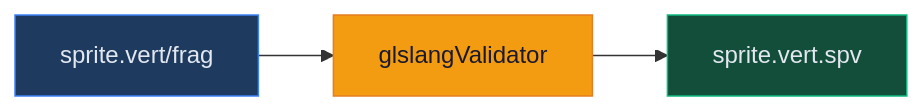
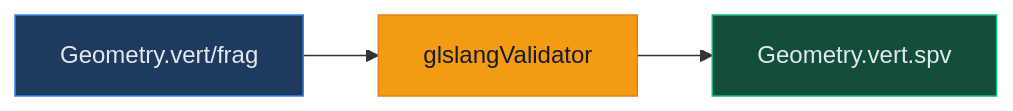
The second of 2 diagrams in docs/BUILDING.md (baaz777/rift), drawn with Mermaid before and after one commit. The commit also changed other lines of this file, not shown here.

Commit message:
🧱 Update build setup steps

```diff
--- a/docs/BUILDING.md
+++ b/docs/BUILDING.md
@@ -93,12 +93,12 @@
 <pre class="mermaid">
 flowchart LR
     classDef source fill:#1e3a5f,stroke:#3b82f6,color:#e2e8f0
     classDef tool fill:#f39c12,stroke:#e67e22,color:#1a1a2e
     classDef output fill:#134e3a,stroke:#10b981,color:#e2e8f0
 
-    GLSL["sprite.vert/frag"]:::source
+    GLSL["Geometry.vert/frag"]:::source
     Compiler["glslangValidator"]:::tool
-    SPIRV["sprite.vert.spv"]:::output
+    SPIRV["Geometry.vert.spv"]:::output
 
     GLSL --> Compiler --> SPIRV
 </pre>
```
